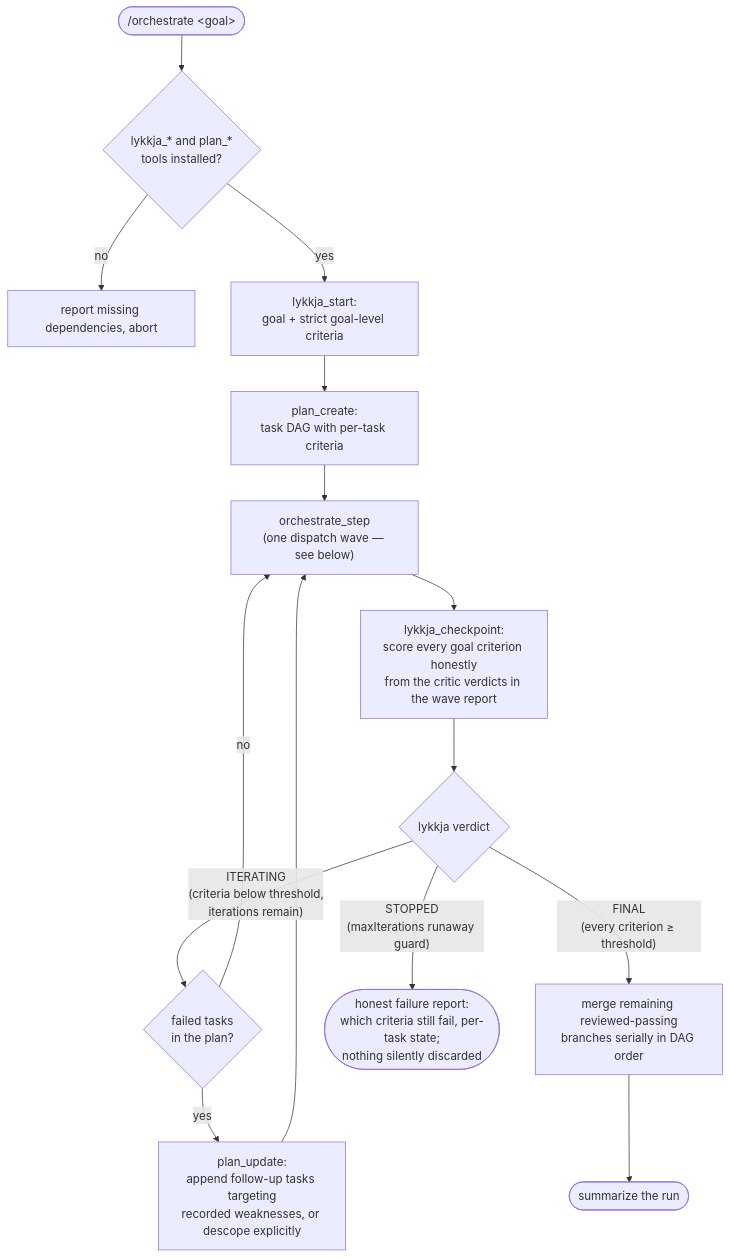
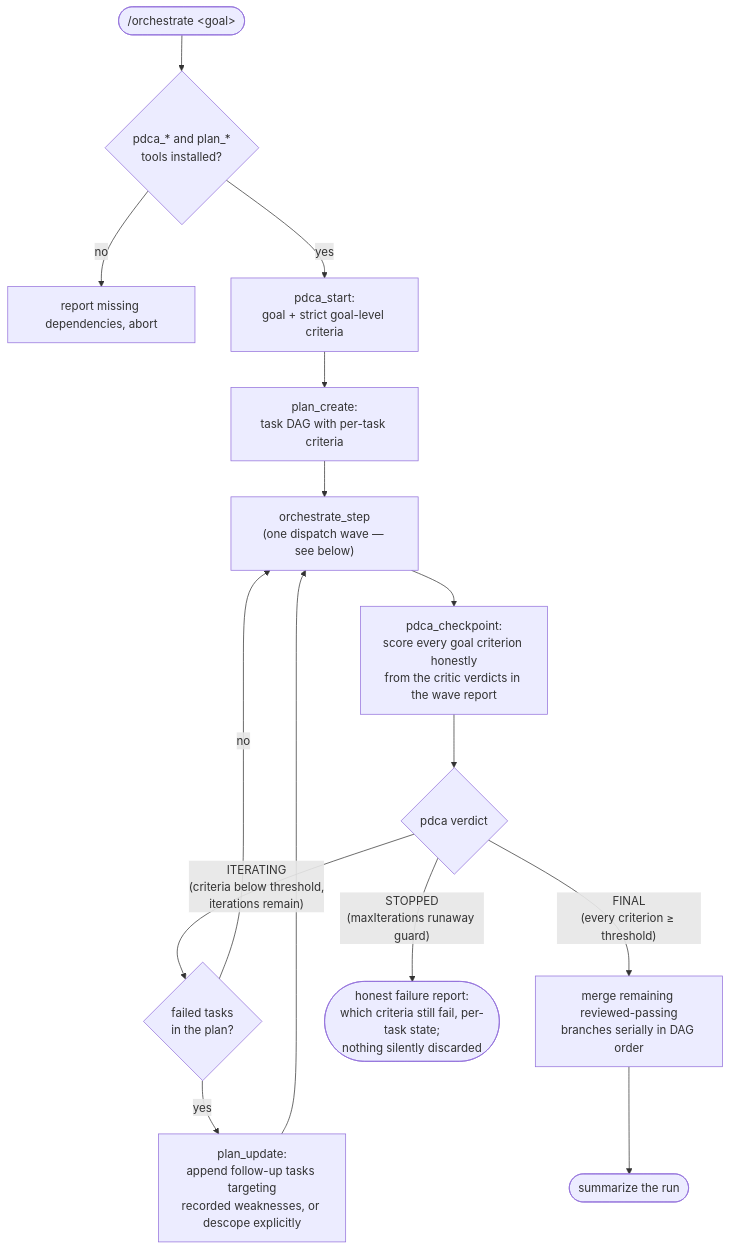
The third of 9 diagrams in docs/orchestrator-architecture.md (ulvestuen/pi-kit), drawn with Mermaid before and after one commit. The commit also changed other lines of this file and 38 other files, not shown here.

First line of the commit message:
Rename the lykkja extension to pdca

````diff
--- a/docs/orchestrator-architecture.md
+++ b/docs/orchestrator-architecture.md
@@ -168,17 +168,17 @@
 ```mermaid
 flowchart TB
-    start(["/orchestrate &lt;goal&gt;"]) --> deps{"lykkja_* and plan_*<br/>tools installed?"}
+    start(["/orchestrate &lt;goal&gt;"]) --> deps{"pdca_* and plan_*<br/>tools installed?"}
     deps -- no --> missing["report missing dependencies, abort"]
-    deps -- yes --> open["lykkja_start:<br/>goal + strict goal-level criteria"]
+    deps -- yes --> open["pdca_start:<br/>goal + strict goal-level criteria"]
     open --> plan["plan_create:<br/>task DAG with per-task criteria"]
     plan --> step["orchestrate_step<br/>(one dispatch wave — see below)"]
-    step --> cp["lykkja_checkpoint:<br/>score every goal criterion honestly<br/>from the critic verdicts in the wave report"]
-    cp --> verdict{"lykkja verdict"}
+    step --> cp["pdca_checkpoint:<br/>score every goal criterion honestly<br/>from the critic verdicts in the wave report"]
+    cp --> verdict{"pdca verdict"}
     verdict -- "ITERATING<br/>(criteria below threshold,<br/>iterations remain)" --> repair{"failed tasks<br/>in the plan?"}
     repair -- yes --> pu["plan_update:<br/>append follow-up tasks targeting<br/>recorded weaknesses, or descope explicitly"]
     repair -- no --> step
     pu --> step
     verdict -- "FINAL<br/>(every criterion ≥ threshold)" --> merge["merge remaining reviewed-passing<br/>branches serially in DAG order"]
     merge --> done(["summarize the run"])
     verdict -- "STOPPED<br/>(maxIterations runaway guard)" --> honest(["honest failure report:<br/>which criteria still fail, per-task state;<br/>nothing silently discarded"])
 ```
````
